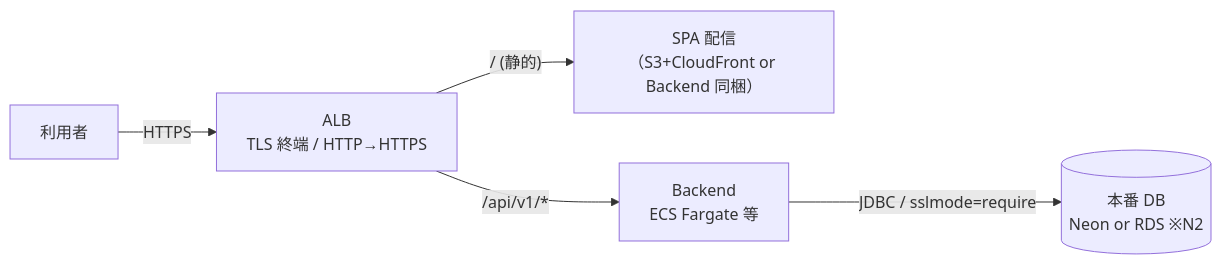
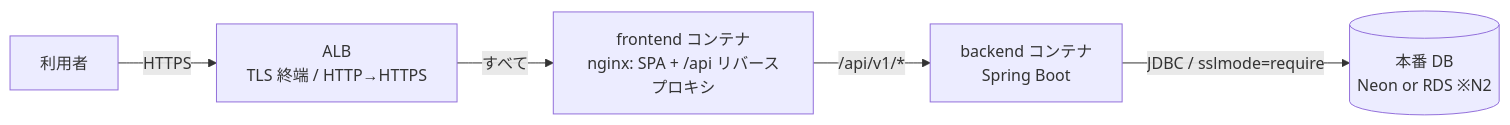
Before and after one commit to hayatoogawa1/serverhub: the fourth of 4 diagrams in docs/design/basic/01-architecture.md, drawn with Mermaid. The commit also changed other lines of this file and 13 other files, not shown here.

First line of the commit message:
Phase 8: フルスタックのコンテナ化（nginx が SPA + /api リバースプロキシ） (#46)

````diff
--- a/docs/design/basic/01-architecture.md
+++ b/docs/design/basic/01-architecture.md
@@ -40,7 +59,7 @@
 ```mermaid
 flowchart LR
   U[利用者] -->|HTTPS| ALB[ALB<br/>TLS 終端 / HTTP→HTTPS]
-  ALB -->|"/ (静的)"| S[SPA 配信<br/>（S3+CloudFront or Backend 同梱）]
-  ALB -->|"/api/v1/*"| APP[Backend<br/>ECS Fargate 等]
+  ALB -->|"すべて"| NG[frontend コンテナ<br/>nginx: SPA + /api リバースプロキシ]
+  NG -->|"/api/v1/*"| APP[backend コンテナ<br/>Spring Boot]
   APP -->|"JDBC / sslmode=require"| PDB[(本番 DB<br/>Neon or RDS ※N2)]
 ```
````
